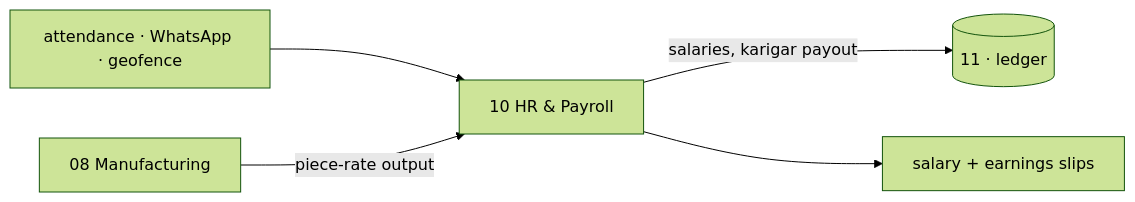
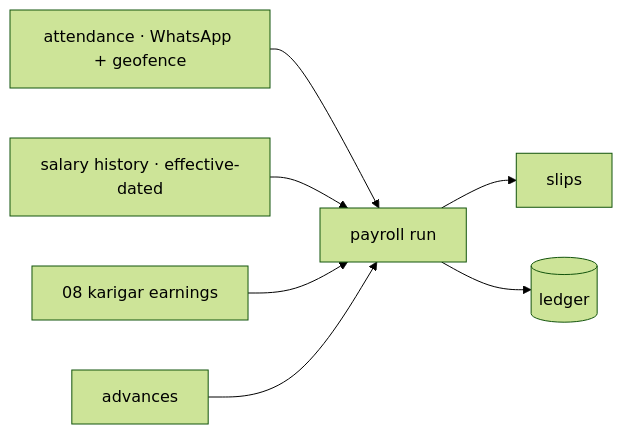
One commit to vastrangam/AI_Content_Engine changed the tenth of 16 diagrams in VASTRANGAM_MODULES_COMPLETE.md. Above: the diagram before and after it, drawn with Mermaid (forest theme). The commit also changed other lines of this file and 1 other file, not shown here.

First line of the commit message:
Rewrite module book at app + screen level (78 apps, BUILT/SPEC marked)

````diff
--- a/VASTRANGAM_MODULES_COMPLETE.md
+++ b/VASTRANGAM_MODULES_COMPLETE.md
@@ -848,7 +726,9 @@
 ```mermaid
 flowchart LR
-  ATT[attendance · WhatsApp · geofence] --> HR[10 HR & Payroll]
-  MF[08 Manufacturing] -->|piece-rate output| HR
-  HR -->|salaries, karigar payout| GL[(11 · ledger)]
-  HR --> SLIP[salary + earnings slips]
+  ATT[attendance · WhatsApp + geofence] --> RUN[payroll run]
+  SAL[salary history · effective-dated] --> RUN
+  KAR[08 karigar earnings] --> RUN
+  RUN --> SLIP[slips]
+  RUN --> GL[(ledger)]
+  ADV[advances] --> RUN
 ```
````
